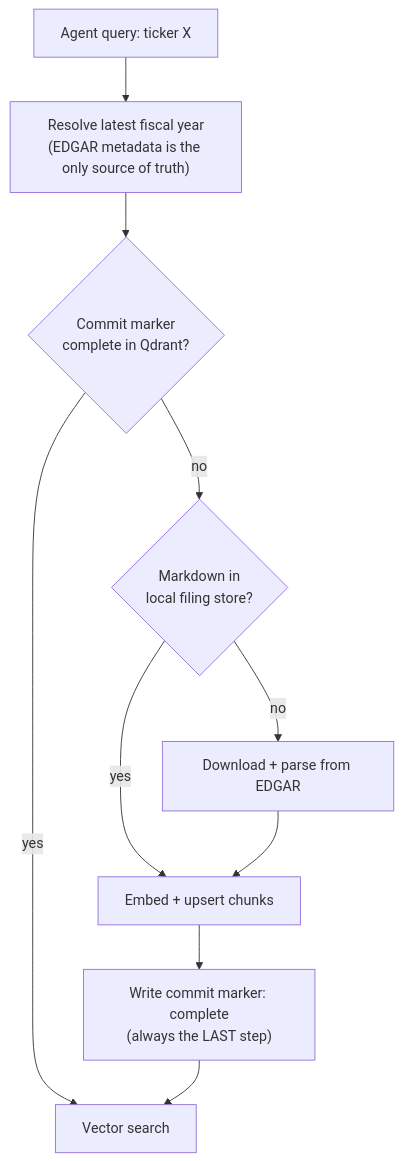
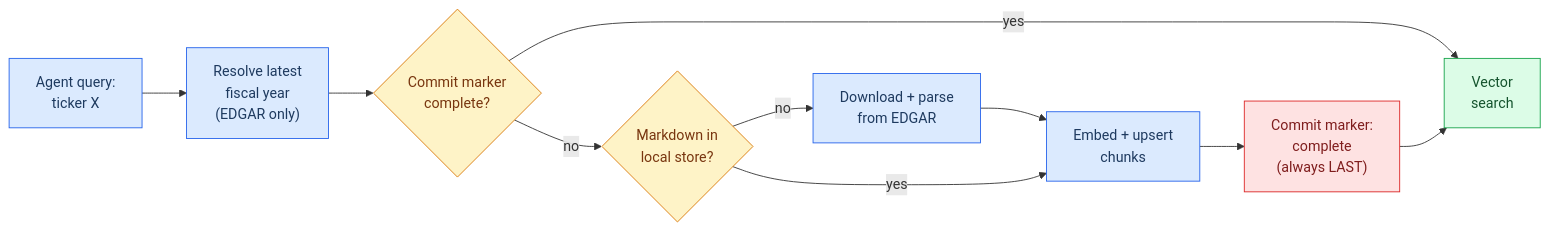
The second of 3 diagrams in README.md (wei-yiting/fin-lab-x), drawn with Mermaid before and after one commit. The commit also changed other lines of this file, not shown here.

First line of the commit message:
docs(readme): color mermaid diagrams, compact layouts

````diff
--- a/README.md
+++ b/README.md
@@ -131,10 +145,19 @@
 ```mermaid
-flowchart TD
-    Q["Agent query: ticker X"] --> Y["Resolve latest fiscal year<br/>(EDGAR metadata is the only source of truth)"]
-    Y --> M{"Commit marker<br/>complete in Qdrant?"}
-    M -- yes --> S["Vector search"]
-    M -- no --> L{"Markdown in<br/>local filing store?"}
-    L -- yes --> E["Embed + upsert chunks"]
-    L -- no --> D["Download + parse from EDGAR"] --> E
-    E --> C["Write commit marker: complete<br/>(always the LAST step)"] --> S
+flowchart LR
+    Q["Agent query:<br/>ticker X"] --> Y["Resolve latest<br/>fiscal year<br/>(EDGAR only)"]
+    Y --> M{"Commit marker<br/>complete?"}
+    M -- yes --> S["Vector<br/>search"]
+    M -- no --> L{"Markdown in<br/>local store?"}
+    L -- no --> D["Download + parse<br/>from EDGAR"] --> E
+    L -- yes --> E["Embed + upsert<br/>chunks"]
+    E --> C["Commit marker:<br/>complete<br/>(always LAST)"] --> S
+
+    classDef step fill:#dbeafe,stroke:#2563eb,color:#1e3a5f
+    classDef decision fill:#fef3c7,stroke:#d97706,color:#78350f
+    classDef commit fill:#fee2e2,stroke:#dc2626,color:#7f1d1d
+    classDef done fill:#dcfce7,stroke:#16a34a,color:#14532d
+    class Q,Y,E,D step
+    class M,L decision
+    class C commit
+    class S done
 ```
````
